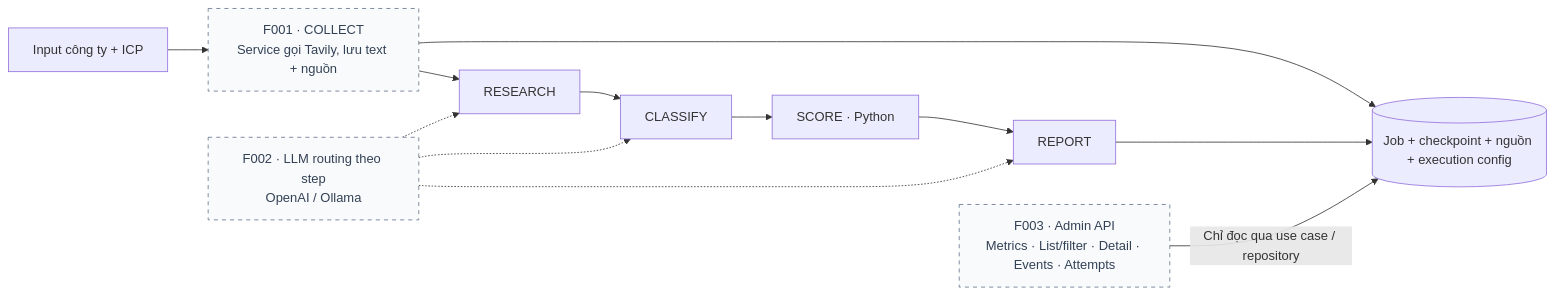
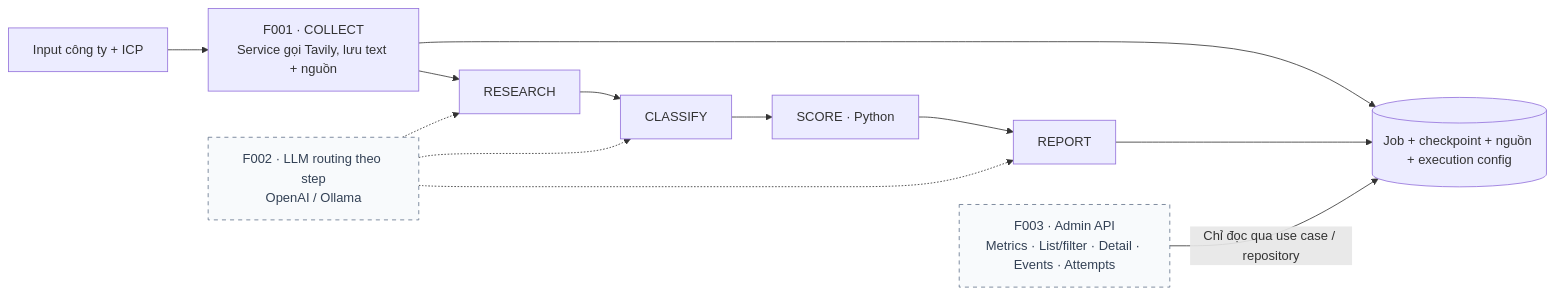
The fifth of 5 diagrams in docs/system-map.vi.md (thole1986/ai_research_service), drawn with Mermaid before and after one commit. The commit also changed other lines of this file and 33 other files, not shown here.

````diff
--- a/docs/system-map.vi.md
+++ b/docs/system-map.vi.md
@@ -256,21 +272,21 @@
 ```mermaid
 flowchart LR
     U["Input công ty + ICP"]
     T["F001 · COLLECT<br/>Service gọi Tavily, lưu text + nguồn"]
     R["RESEARCH"]
     C["CLASSIFY"]
     S["SCORE · Python"]
     P["REPORT"]
     ROUTE["F002 · LLM routing theo step<br/>OpenAI / Ollama"]
     DB[("Job + checkpoint + nguồn + execution config")]
     ADMIN["F003 · Admin API<br/>Metrics · List/filter · Detail · Events · Attempts"]
     U --> T --> R --> C --> S --> P
     ROUTE -.-> R
     ROUTE -.-> C
     ROUTE -.-> P
     T --> DB
     P --> DB
     ADMIN -->|"Chỉ đọc qua use case / repository"| DB
     classDef planned fill:#f8fafc,stroke:#64748b,color:#334155,stroke-dasharray:5 5
-    class T,ROUTE,ADMIN planned
+    class ROUTE,ADMIN planned
 ```
````
